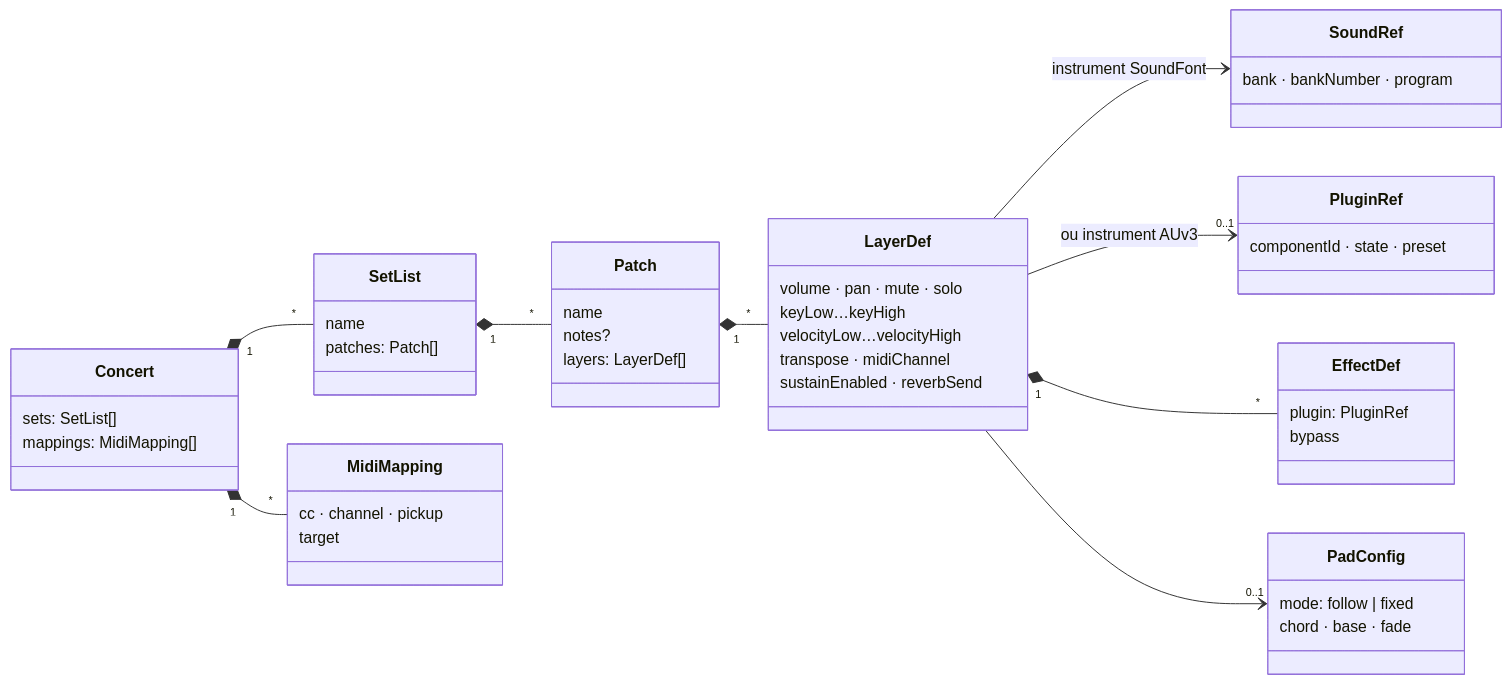
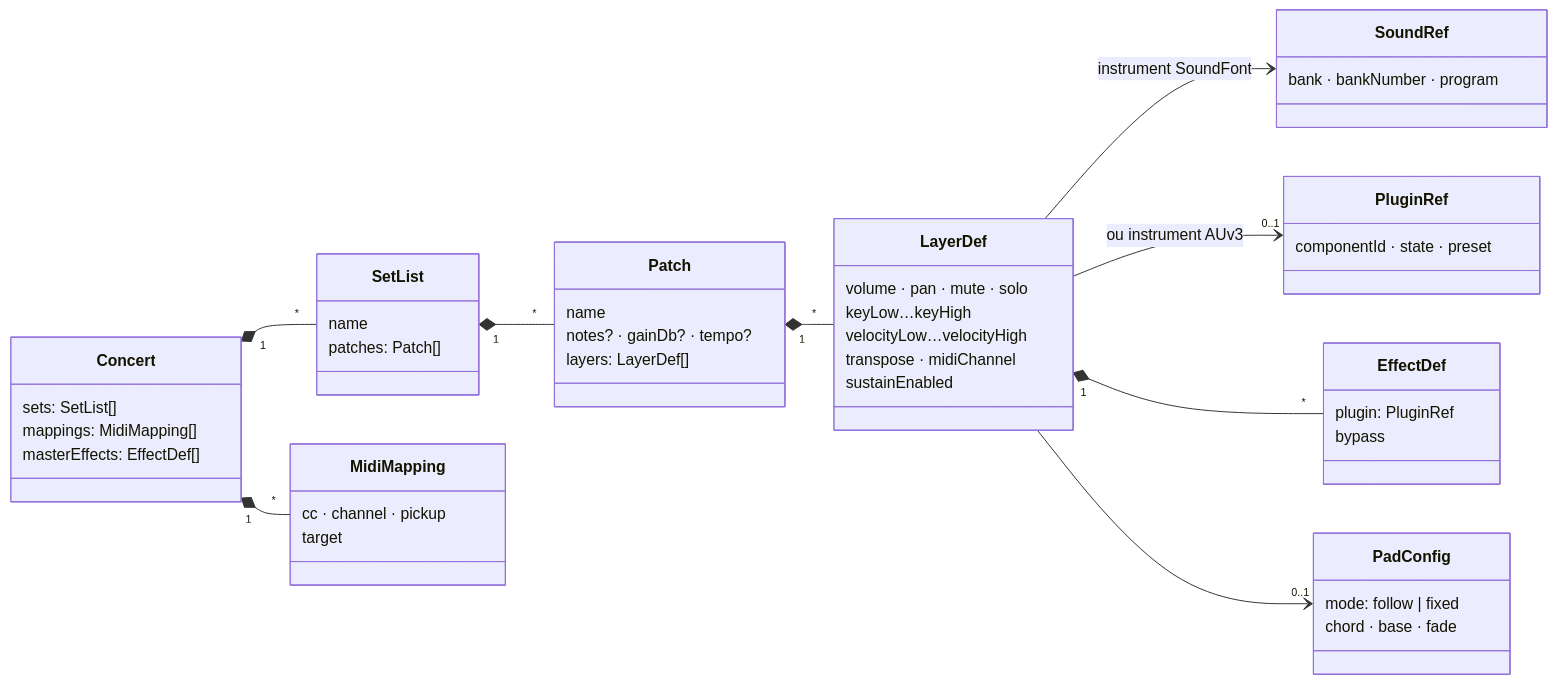
Before and after one commit to aspitrine/livekeys: the second of 6 diagrams in README.md, drawn with Mermaid. The commit also changed other lines of this file and 76 other files, not shown here.

````diff
--- a/README.md
+++ b/README.md
@@ -103,50 +103,51 @@
 ```mermaid
 classDiagram
   direction LR
   class Concert {
     sets: SetList[]
     mappings: MidiMapping[]
+    masterEffects: EffectDef[]
   }
   class SetList {
     name
     patches: Patch[]
   }
   class Patch {
     name
-    notes?
+    notes? · gainDb? · tempo?
     layers: LayerDef[]
   }
   class LayerDef {
     volume · pan · mute · solo
     keyLow…keyHigh
     velocityLow…velocityHigh
     transpose · midiChannel
-    sustainEnabled · reverbSend
+    sustainEnabled
   }
   class SoundRef {
     bank · bankNumber · program
   }
   class PluginRef {
     componentId · state · preset
   }
   class EffectDef {
     plugin: PluginRef
     bypass
   }
   class PadConfig {
     mode: follow | fixed
     chord · base · fade
   }
   class MidiMapping {
     cc · channel · pickup
     target
   }
   Concert "1" *-- "*" SetList
   Concert "1" *-- "*" MidiMapping
   SetList "1" *-- "*" Patch
   Patch "1" *-- "*" LayerDef
   LayerDef --> SoundRef : instrument SoundFont
   LayerDef --> "0..1" PluginRef : ou instrument AUv3
   LayerDef "1" *-- "*" EffectDef
   LayerDef --> "0..1" PadConfig
 ```
````
